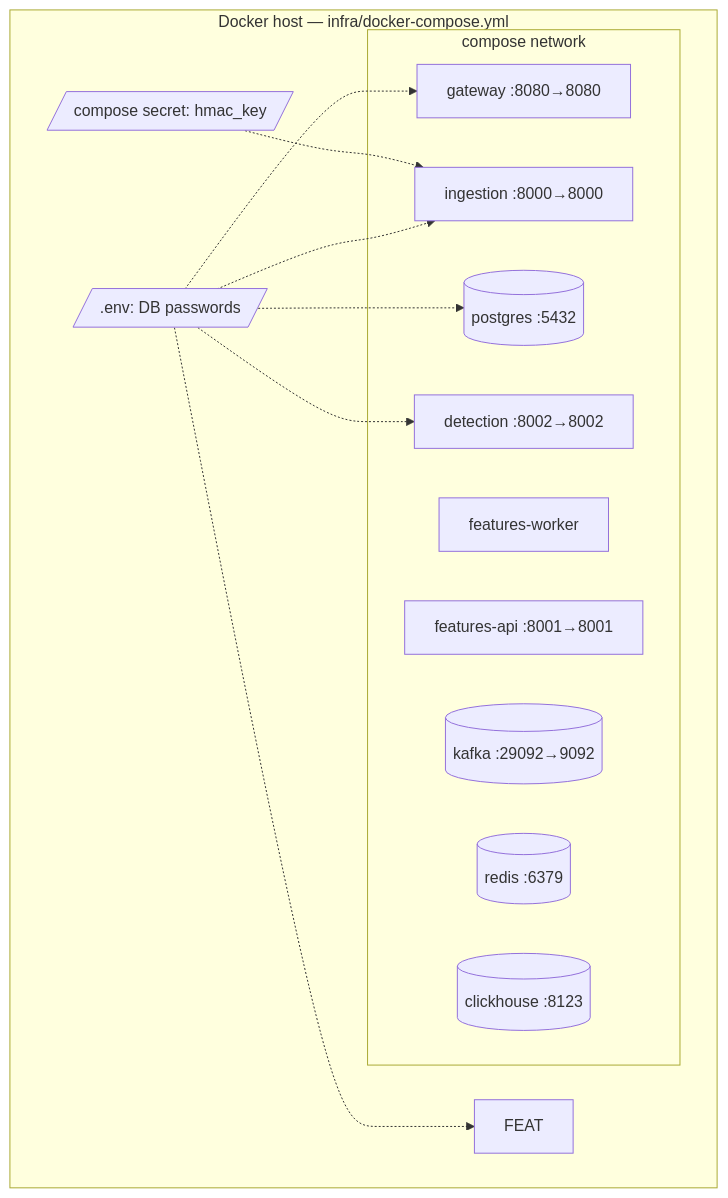
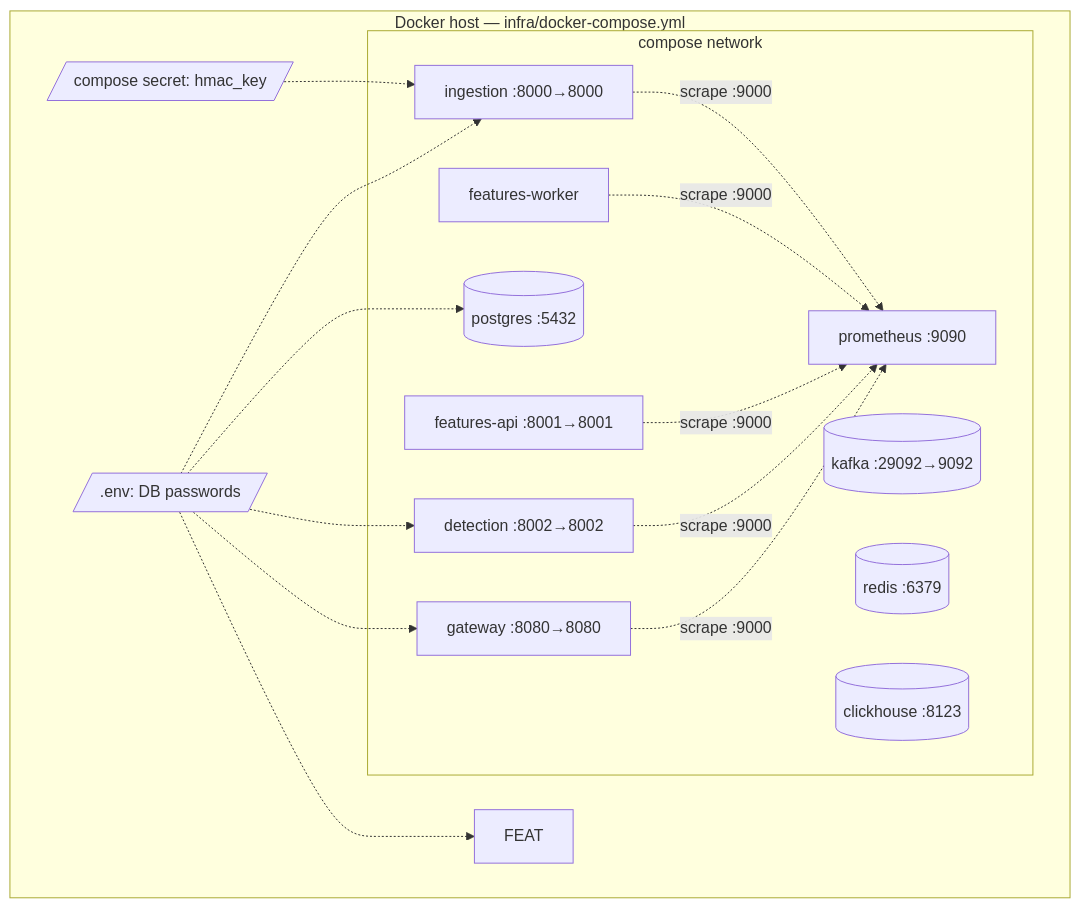
One commit to voiteshonok/FeatureStore changed the second of 2 diagrams in docs/architecture.md. Above: the diagram before and after it, drawn with Mermaid. The commit also changed other lines of this file and 7 other files, not shown here.

````diff
--- a/docs/architecture.md
+++ b/docs/architecture.md
@@ -105,18 +105,24 @@
 ```mermaid
 flowchart TB
     subgraph host [Docker host — infra/docker-compose.yml]
         subgraph net [compose network]
             GW[gateway :8080→8080]
             ING[ingestion :8000→8000]
             FW[features-worker]
             FA[features-api :8001→8001]
             DET[detection :8002→8002]
+            PROM["prometheus :9090"]
             K[(kafka :29092→9092)]
             PG[(postgres :5432)]
             R[(redis :6379)]
             CH[(clickhouse :8123)]
         end
         SEC[/compose secret: hmac_key/] -.-> ING
         ENV[/.env: DB passwords/] -.-> PG & ING & FEAT & DET & GW
+        ING -.->|"scrape :9000"| PROM
+        FW -.->|"scrape :9000"| PROM
+        FA -.->|"scrape :9000"| PROM
+        DET -.->|"scrape :9000"| PROM
+        GW -.->|"scrape :9000"| PROM
     end
 ```
````
